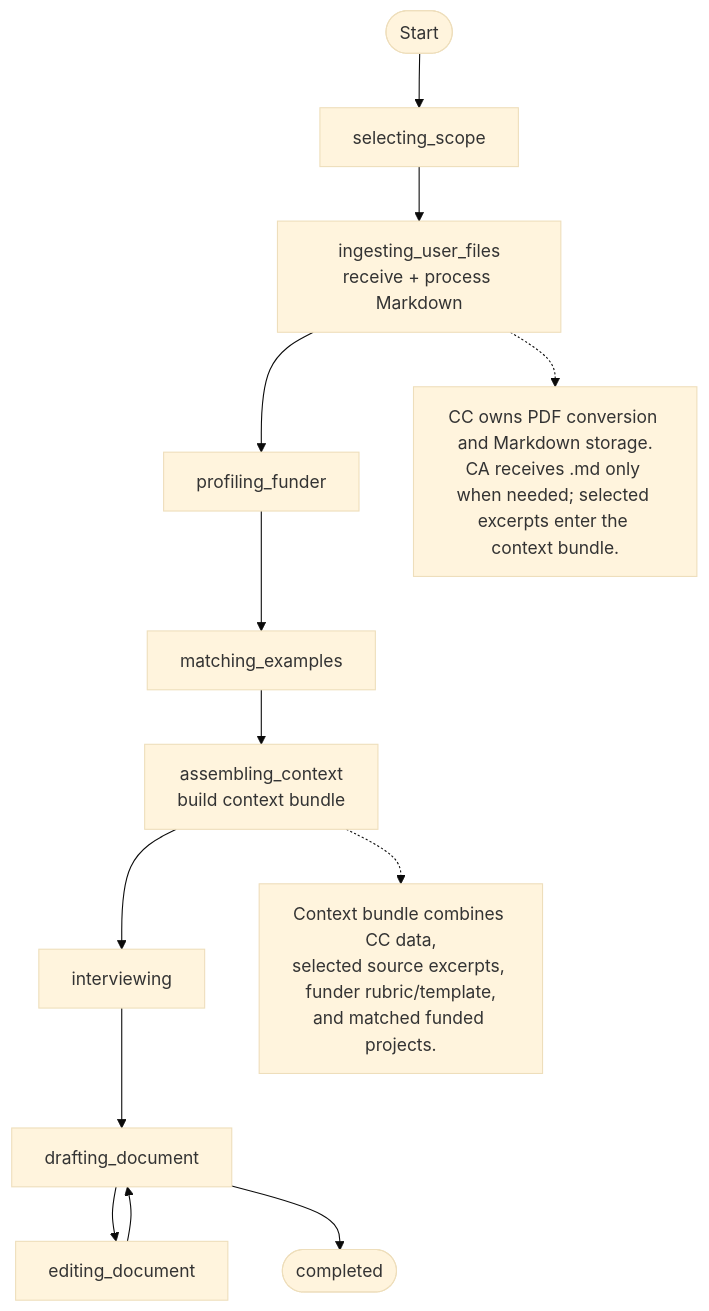
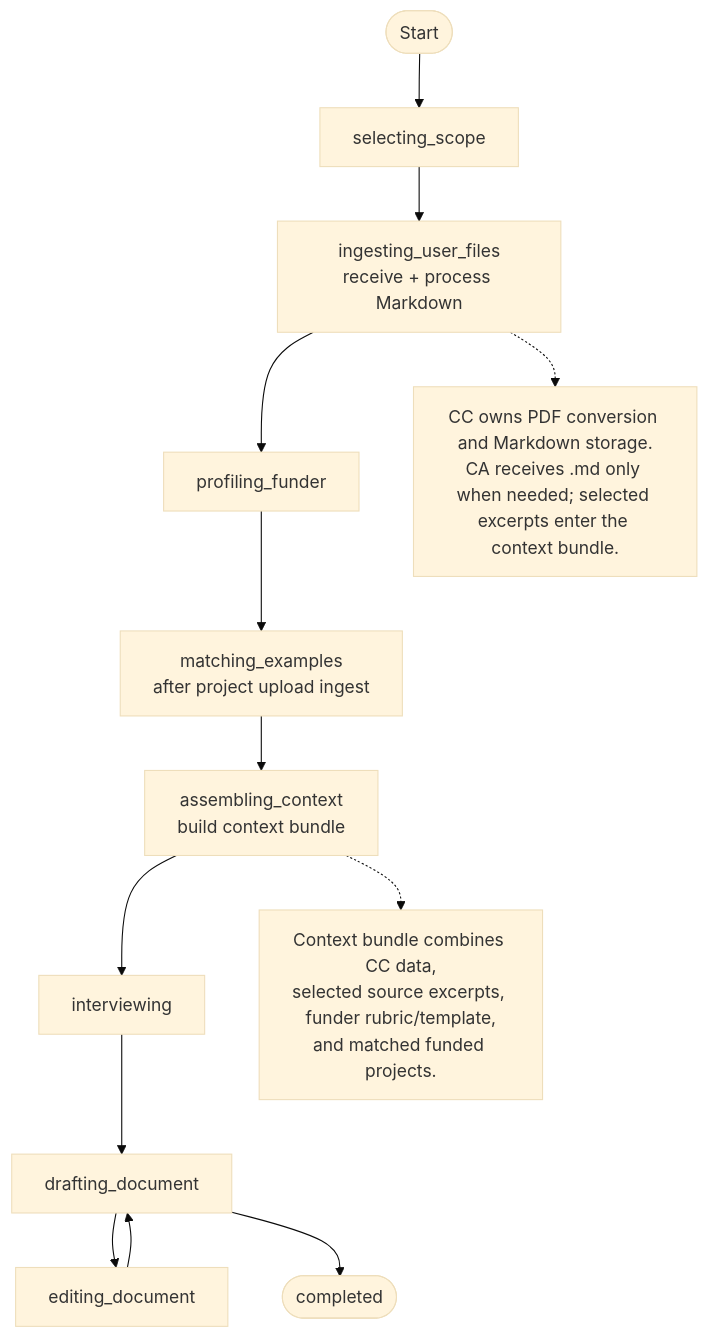
Before and after one commit to Open-Earth-Foundation/CityCatalyst: the fourth of 14 diagrams in docs/ConceptNoteBuilderArchitecture.md, drawn with Mermaid (base theme). The commit also changed other lines of this file and 40 other files, not shown here.

````diff
--- a/docs/ConceptNoteBuilderArchitecture.md
+++ b/docs/ConceptNoteBuilderArchitecture.md
@@ -369,18 +376,18 @@
 ```mermaid
 flowchart TB
     Start([Start]) --> Scope["selecting_scope"]
     Scope --> Ingest["ingesting_user_files<br/>receive + process Markdown"]
     Ingest --> Funder["profiling_funder"]
-    Funder --> Match["matching_examples"]
+    Funder --> Match["matching_examples<br/>after project upload ingest"]
     Match --> Context["assembling_context<br/>build context bundle"]
     Context --> Interview["interviewing"]
     Interview --> Draft["drafting_document"]
     Draft --> Edit["editing_document"]
     Edit --> Draft
     Draft --> Complete([completed])
 
     IngestNote["CC owns PDF conversion and Markdown storage.<br/>CA receives .md only when needed; selected excerpts enter the context bundle."]
     ContextNote["Context bundle combines CC data,<br/>selected source excerpts, funder rubric/template,<br/>and matched funded projects."]
     Ingest -.-> IngestNote
     Context -.-> ContextNote
 ```
````
